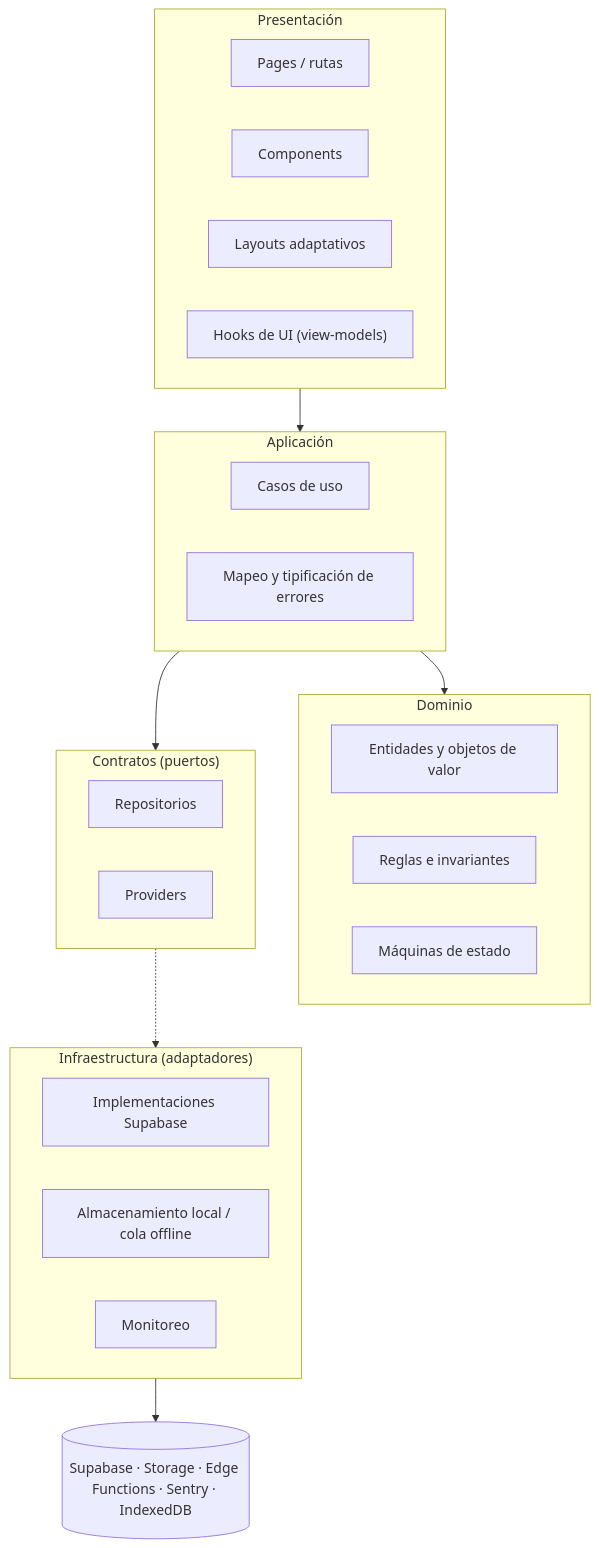
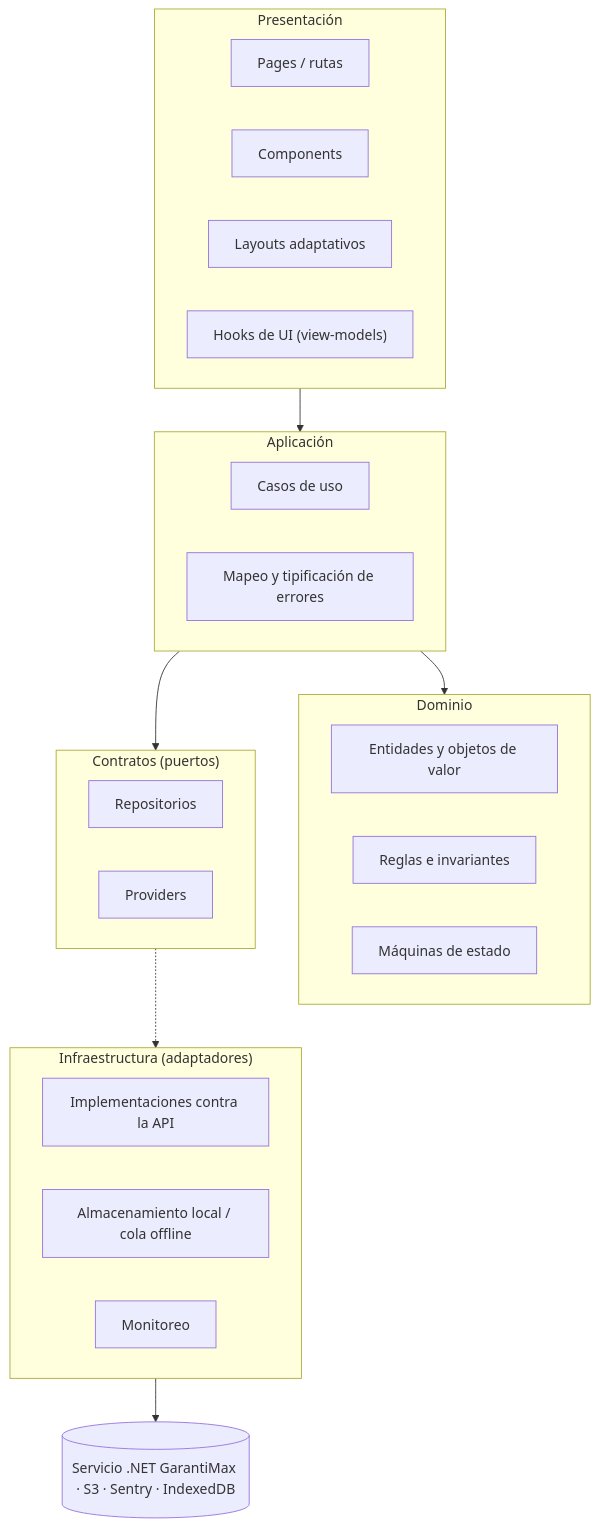
One commit to garantiplusmexico/enginecx_prd changed the diagram in GarantiMAX/PJ4487-garantimax-refactor/anexos/A1-arquitectura.md. Above: the diagram before and after it, drawn with Mermaid. The commit also changed other lines of this file and 5 other files, not shown here.

First line of the commit message:
chore(prd): PJ4487 GarantiMAX - ADR-011 y avance de Fase 0

````diff
--- a/GarantiMAX/PJ4487-garantimax-refactor/anexos/A1-arquitectura.md
+++ b/GarantiMAX/PJ4487-garantimax-refactor/anexos/A1-arquitectura.md
@@ -23,33 +25,33 @@
 ```mermaid
 flowchart TD
   subgraph P["Presentación"]
     PG["Pages / rutas"]
     CP["Components"]
     LY["Layouts adaptativos"]
     HK["Hooks de UI (view-models)"]
   end
   subgraph A["Aplicación"]
     UC["Casos de uso"]
     ER["Mapeo y tipificación de errores"]
   end
   subgraph D["Dominio"]
     EN["Entidades y objetos de valor"]
     RG["Reglas e invariantes"]
     ST["Máquinas de estado"]
   end
   subgraph C["Contratos (puertos)"]
     RP["Repositorios"]
     PR["Providers"]
   end
   subgraph I["Infraestructura (adaptadores)"]
-    SB["Implementaciones Supabase"]
+    SB["Implementaciones contra la API"]
     LC["Almacenamiento local / cola offline"]
     MN["Monitoreo"]
   end
 
   P --> A
   A --> D
   A --> C
   C -.-> I
-  I --> EXT[("Supabase · Storage · Edge Functions · Sentry · IndexedDB")]
+  I --> EXT[("Servicio .NET GarantiMax · S3 · Sentry · IndexedDB")]
 ```
````
